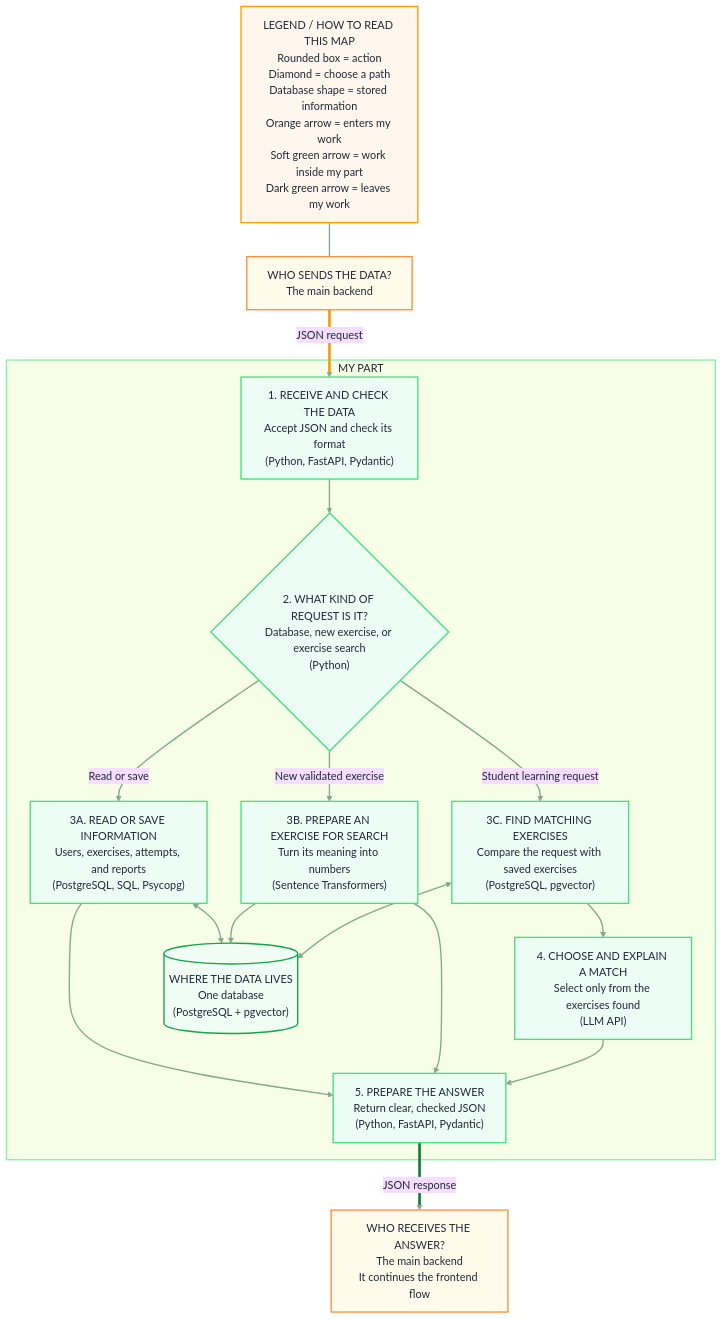
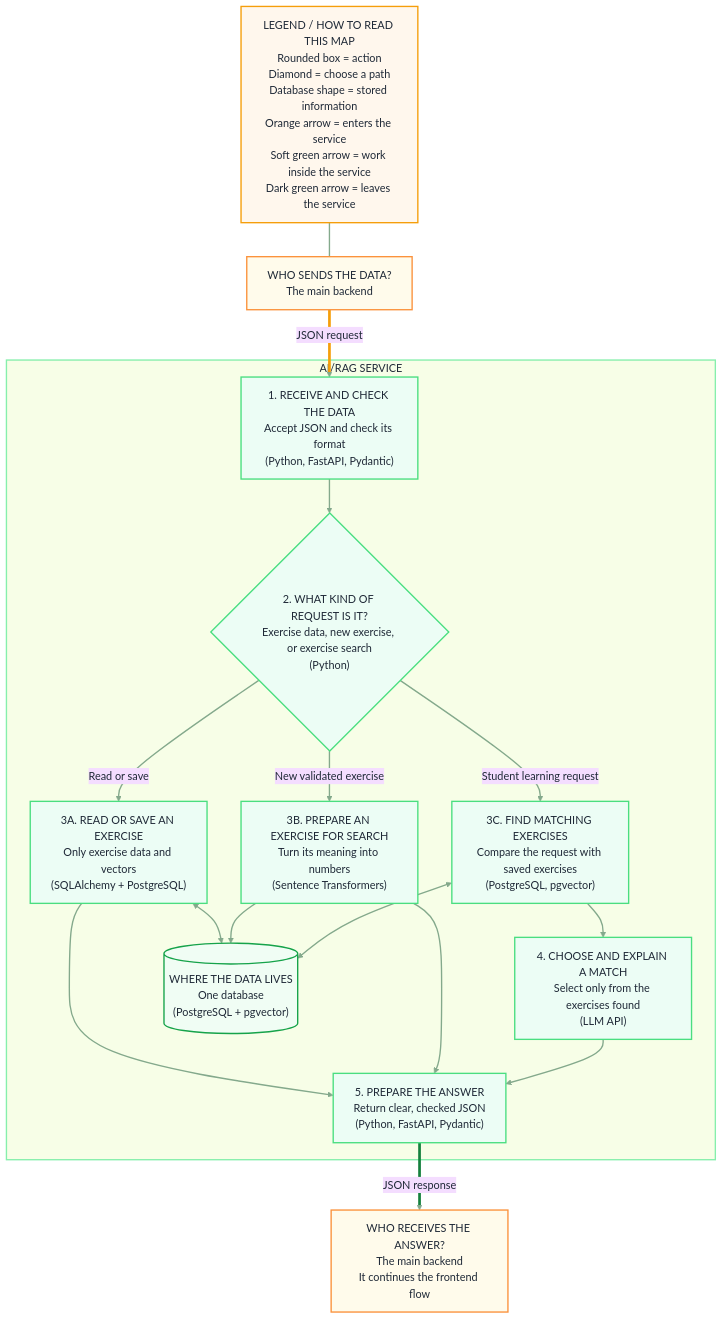
The diagram in Documentation/rick/Diagrams/00-rick-scope.md (Rspinelli93/Trancendece), drawn with Mermaid before and after one commit. The commit also changed other lines of this file and 13 other files, not shown here.

````diff
--- a/Documentation/rick/Diagrams/00-rick-scope.md
+++ b/Documentation/rick/Diagrams/00-rick-scope.md
@@ -15,48 +15,48 @@
 ```mermaid
 %%{init: {"theme":"base","themeVariables":{"background":"#fffdf7","primaryTextColor":"#1f2937","lineColor":"#84a98c","clusterBkg":"#f7fee7","clusterBorder":"#86efac"}}}%%
 flowchart TD
-    Key["LEGEND / HOW TO READ THIS MAP<br/>Rounded box = action<br/>Diamond = choose a path<br/>Database shape = stored information<br/>Orange arrow = enters my work<br/>Soft green arrow = work inside my part<br/>Dark green arrow = leaves my work"]
+    Key["LEGEND / HOW TO READ THIS MAP<br/>Rounded box = action<br/>Diamond = choose a path<br/>Database shape = stored information<br/>Orange arrow = enters the service<br/>Soft green arrow = work inside the service<br/>Dark green arrow = leaves the service"]
     Sender["WHO SENDS THE DATA?<br/>The main backend<br/>"]
 
-    subgraph Rick["MY PART"]
+    subgraph AIService["AI/RAG SERVICE"]
         Receive["1. RECEIVE AND CHECK THE DATA<br/>Accept JSON and check its format<br/>(Python, FastAPI, Pydantic)"]
-        Choose{"2. WHAT KIND OF REQUEST IS IT?<br/>Database, new exercise, or exercise search<br/>(Python)"}
-        Database["3A. READ OR SAVE INFORMATION<br/>Users, exercises, attempts, and reports<br/>(PostgreSQL, SQL, Psycopg)"]
+        Choose{"2. WHAT KIND OF REQUEST IS IT?<br/>Exercise data, new exercise, or exercise search<br/>(Python)"}
+        Database["3A. READ OR SAVE AN EXERCISE<br/>Only exercise data and vectors<br/>(SQLAlchemy + PostgreSQL)"]
         Indexer["3B. PREPARE AN EXERCISE FOR SEARCH<br/>Turn its meaning into numbers<br/>(Sentence Transformers)"]
         Search["3C. FIND MATCHING EXERCISES<br/>Compare the request with saved exercises<br/>(PostgreSQL, pgvector)"]
         AI["4. CHOOSE AND EXPLAIN A MATCH<br/>Select only from the exercises found<br/>(LLM API)"]
         Answer["5. PREPARE THE ANSWER<br/>Return clear, checked JSON<br/>(Python, FastAPI, Pydantic)"]
         Store[("WHERE THE DATA LIVES<br/>One database<br/>(PostgreSQL + pgvector)")]
     end
 
     Receiver["WHO RECEIVES THE ANSWER?<br/>The main backend<br/>It continues the frontend flow"]
 
     Key ~~~ Sender
     Sender -->|"JSON request"| Receive
     Receive --> Choose
     Choose -->|"Read or save"| Database
     Choose -->|"New validated exercise"| Indexer
     Choose -->|"Student learning request"| Search
     Database <--> Store
     Indexer --> Store
     Search <--> Store
     Search --> AI
     Database --> Answer
     Indexer --> Answer
     AI --> Answer
     Answer -->|"JSON response"| Receiver
 
     classDef note fill:#fff7ed,stroke:#f59e0b,color:#1f2937,stroke-width:2px;
     classDef outside fill:#fffbeb,stroke:#fb923c,color:#1f2937,stroke-width:2px;
     classDef work fill:#ecfdf5,stroke:#4ade80,color:#1f2937,stroke-width:2px;
     classDef storage fill:#f0fdf4,stroke:#16a34a,color:#1f2937,stroke-width:2px;
     class Key note;
     class Sender,Receiver outside;
     class Receive,Choose,Database,Indexer,Search,AI,Answer work;
     class Store storage;
-    style Rick fill:#f7fee7,stroke:#86efac,stroke-width:2px,color:#1f2937;
+    style AIService fill:#f7fee7,stroke:#86efac,stroke-width:2px,color:#1f2937;
 
     linkStyle default stroke:#84a98c,stroke-width:2px;
     linkStyle 1 stroke:#f59e0b,stroke-width:4px;
     linkStyle 13 stroke:#15803d,stroke-width:4px;
 ```
````
